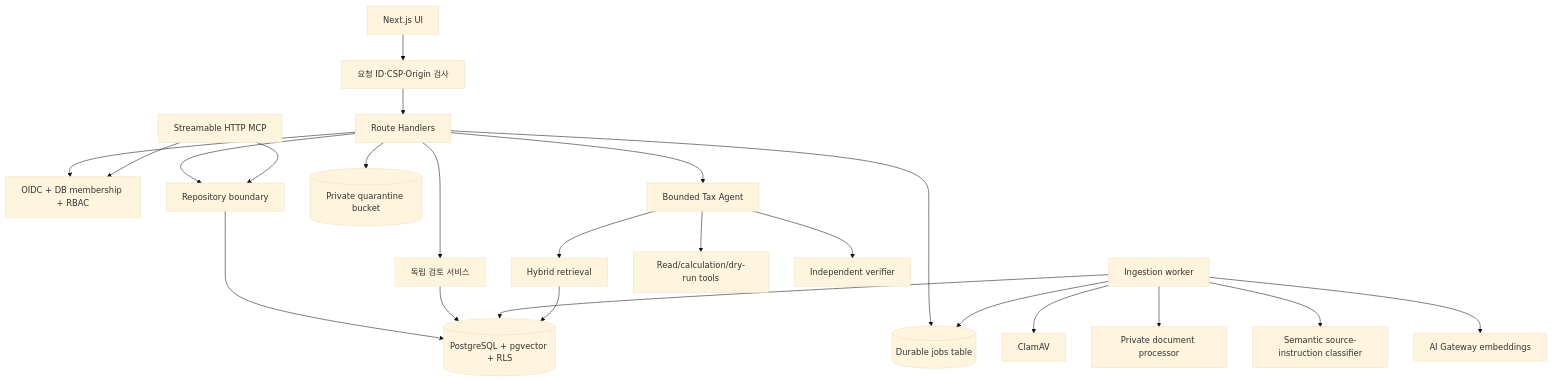
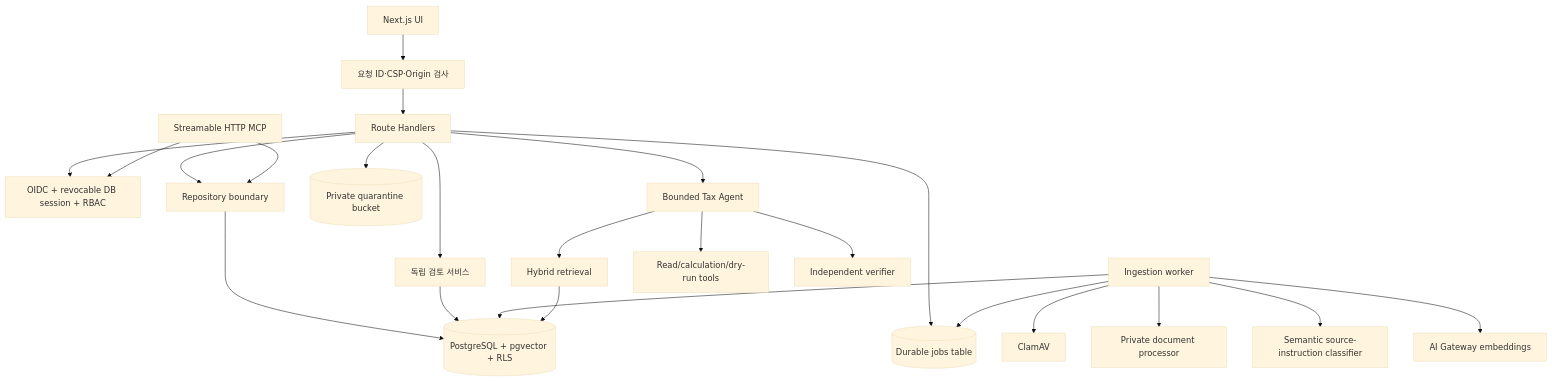
Before and after one commit to kwakhyun/taxops-ai: the diagram in docs/architecture.md, drawn with Mermaid (base theme). The commit also changed other lines of this file and 16 other files, not shown here.

````diff
--- a/docs/architecture.md
+++ b/docs/architecture.md
@@ -13,25 +13,25 @@
 ```mermaid
 flowchart TB
   Browser[Next.js UI] --> Proxy[요청 ID·CSP·Origin 검사]
   Proxy --> API[Route Handlers]
-  API --> Auth[OIDC + DB membership + RBAC]
+  API --> Auth[OIDC + revocable DB session + RBAC]
   API --> Repo[Repository boundary]
   Repo --> DB[(PostgreSQL + pgvector + RLS)]
   API --> ReviewService[독립 검토 서비스]
   ReviewService --> DB
   API --> S3[(Private quarantine bucket)]
   API --> Queue[(Durable jobs table)]
   Worker[Ingestion worker] --> Queue
   Worker --> AV[ClamAV]
   Worker --> Processor[Private document processor]
   Worker --> Classifier[Semantic source-instruction classifier]
   Worker --> Gateway[AI Gateway embeddings]
   Worker --> DB
   API --> Agent[Bounded Tax Agent]
   Agent --> Retriever[Hybrid retrieval]
   Retriever --> DB
   Agent --> Tools[Read/calculation/dry-run tools]
   Agent --> Verifier[Independent verifier]
   MCP[Streamable HTTP MCP] --> Auth
   MCP --> Repo
 ```
````
